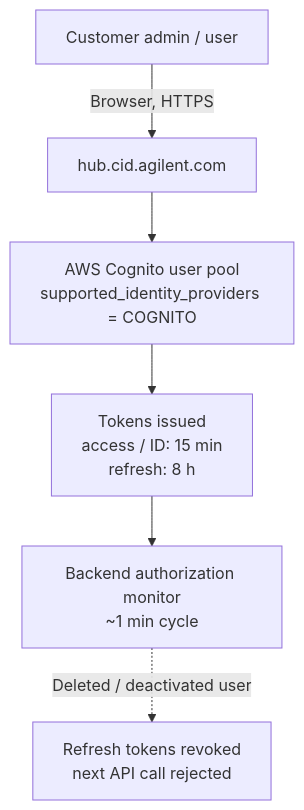
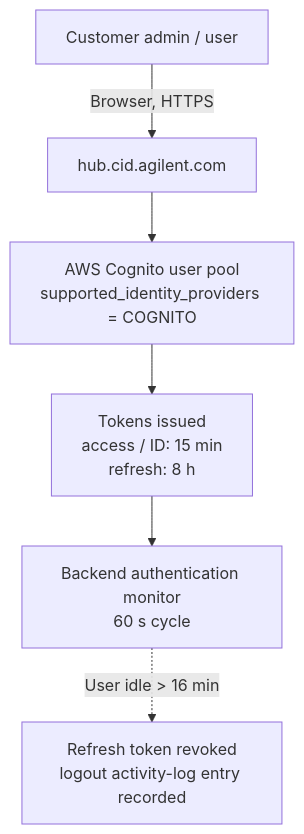
Before and after one commit to bheemboy/cid-docs: the third of 3 diagrams in docs/security/security-model.md, drawn with Mermaid. The commit also changed other lines of this file and 6 other files, not shown here.

````diff
--- a/docs/security/security-model.md
+++ b/docs/security/security-model.md
@@ -118,8 +118,8 @@
 ```mermaid
 flowchart TD
     U[Customer admin / user] -->|Browser, HTTPS| H[hub.cid.agilent.com]
     H --> C[AWS Cognito user pool<br/>supported_identity_providers = COGNITO]
     C --> T[Tokens issued<br/>access / ID: 15 min<br/>refresh: 8 h]
-    T --> M[Backend authorization monitor<br/>~1 min cycle]
-    M -.->|Deleted / deactivated user| R[Refresh tokens revoked<br/>next API call rejected]
+    T --> M[Backend authentication monitor<br/>60 s cycle]
+    M -.->|User idle &gt; 16 min| R[Refresh token revoked<br/>logout activity-log entry recorded]
 ```
````
